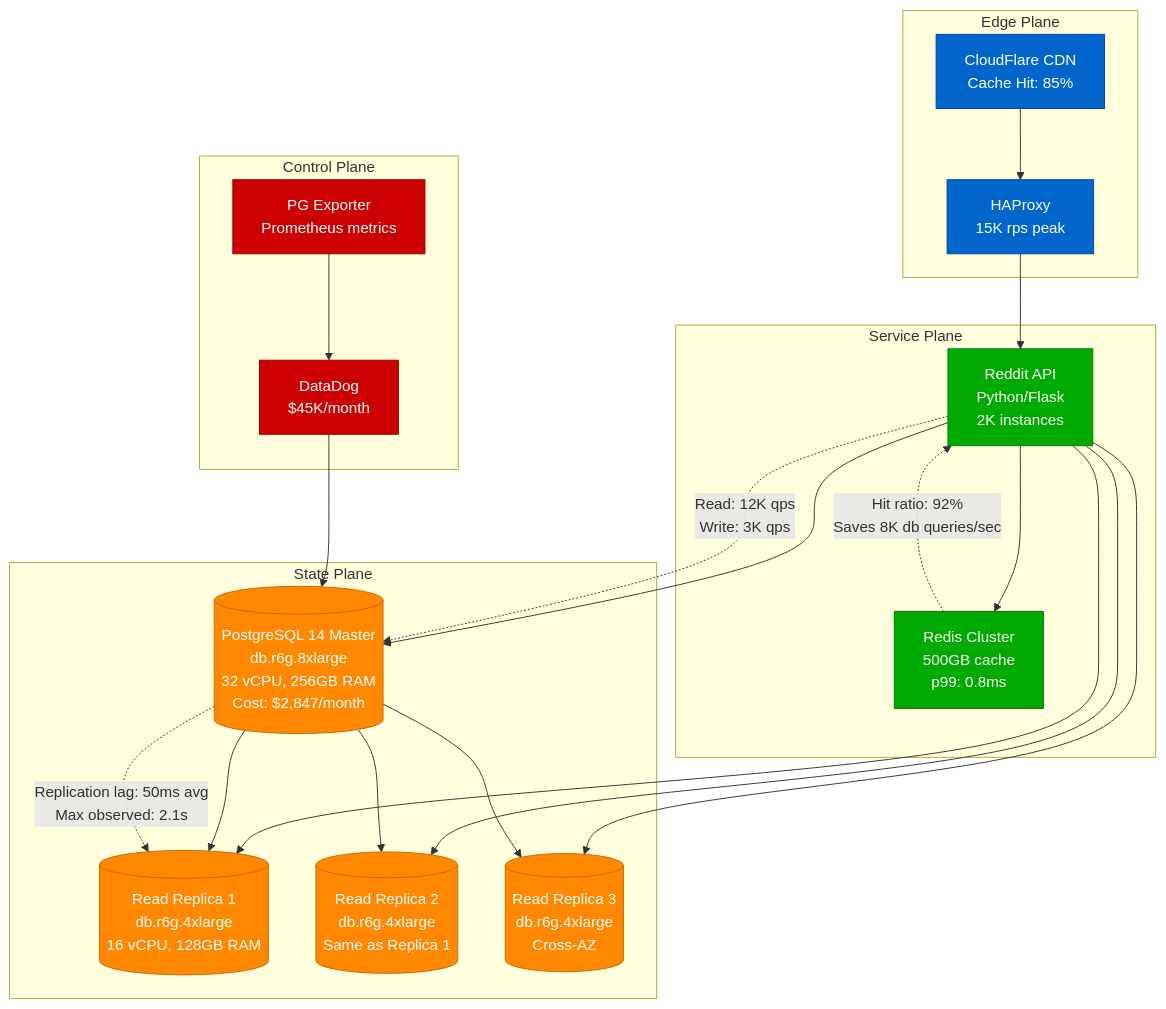
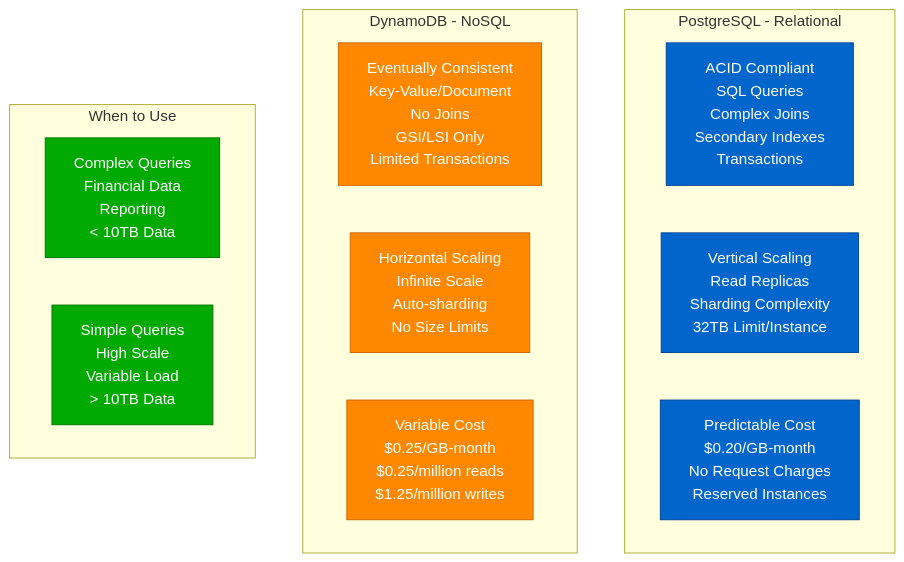
One commit to deepaucksharma/DS changed the first of 9 diagrams in site/docs/comparisons/postgresql-vs-dynamodb.md. Above: the diagram before and after it, drawn with Mermaid. The commit also changed other lines of this file and 5 other files, not shown here.

````diff
--- a/site/docs/comparisons/postgresql-vs-dynamodb.md
+++ b/site/docs/comparisons/postgresql-vs-dynamodb.md
@@ -27,55 +9,28 @@
 ```mermaid
 graph TB
-    subgraph EdgePlane[Edge Plane]
-        CDN[CloudFlare CDN<br/>Cache Hit: 85%]
-        LB[HAProxy<br/>15K rps peak]
+    subgraph PostgreSQL[PostgreSQL - Relational]
+        PG_PROPS[ACID Compliant<br/>SQL Queries<br/>Complex Joins<br/>Secondary Indexes<br/>Transactions]
+        PG_SCALE[Vertical Scaling<br/>Read Replicas<br/>Sharding Complexity<br/>32TB Limit/Instance]
+        PG_COST[Predictable Cost<br/>$0.20/GB-month<br/>No Request Charges<br/>Reserved Instances]
     end
 
-    subgraph ServicePlane[Service Plane]
-        API[Reddit API<br/>Python/Flask<br/>2K instances]
-        CACHE[Redis Cluster<br/>500GB cache<br/>p99: 0.8ms]
+    subgraph DynamoDB[DynamoDB - NoSQL]
+        DDB_PROPS[Eventually Consistent<br/>Key-Value/Document<br/>No Joins<br/>GSI/LSI Only<br/>Limited Transactions]
+        DDB_SCALE[Horizontal Scaling<br/>Infinite Scale<br/>Auto-sharding<br/>No Size Limits]
+        DDB_COST[Variable Cost<br/>$0.25/GB-month<br/>$0.25/million reads<br/>$1.25/million writes]
     end
 
-    subgraph StatePlane[State Plane]
-        PGMASTER[(PostgreSQL 14 Master<br/>db.r6g.8xlarge<br/>32 vCPU, 256GB RAM<br/>Cost: $2,847/month)]
-        PGREPLICA1[(Read Replica 1<br/>db.r6g.4xlarge<br/>16 vCPU, 128GB RAM)]
-        PGREPLICA2[(Read Replica 2<br/>db.r6g.4xlarge<br/>Same as Replica 1)]
-        PGREPLICA3[(Read Replica 3<br/>db.r6g.4xlarge<br/>Cross-AZ)]
+    subgraph UseCase[When to Use]
+        PG_USE[Complex Queries<br/>Financial Data<br/>Reporting<br/>< 10TB Data]
+        DDB_USE[Simple Queries<br/>High Scale<br/>Variable Load<br/>> 10TB Data]
     end
 
-    subgraph ControlPlane[Control Plane]
-        MON[DataDog<br/>$45K/month]
-        PG_EXPORTER[PG Exporter<br/>Prometheus metrics]
-    end
+    %% Apply colors
+    classDef pgStyle fill:#0066CC,stroke:#004499,color:#fff
+    classDef ddbStyle fill:#FF8800,stroke:#CC6600,color:#fff
+    classDef useStyle fill:#00AA00,stroke:#007700,color:#fff
 
-    CDN --> LB
-    LB --> API
-    API --> CACHE
-    API --> PGMASTER
-    API --> PGREPLICA1
-    API --> PGREPLICA2
-    API --> PGREPLICA3
-
-    PGMASTER --> PGREPLICA1
-    PGMASTER --> PGREPLICA2
-    PGMASTER --> PGREPLICA3
-
-    MON --> PGMASTER
-    PG_EXPORTER --> MON
-
-    %% Production annotations
-    API -.->|"Read: 12K qps<br/>Write: 3K qps"| PGMASTER
-    CACHE -.->|"Hit ratio: 92%<br/>Saves 8K db queries/sec"| API
-    PGMASTER -.->|"Replication lag: 50ms avg<br/>Max observed: 2.1s"| PGREPLICA1
-
-    %% Apply four-plane colors
-    classDef edgeStyle fill:#0066CC,stroke:#004499,color:#fff
-    classDef serviceStyle fill:#00AA00,stroke:#007700,color:#fff
-    classDef stateStyle fill:#FF8800,stroke:#CC6600,color:#fff
-    classDef controlStyle fill:#CC0000,stroke:#990000,color:#fff
-
-    class CDN,LB edgeStyle
-    class API,CACHE serviceStyle
-    class PGMASTER,PGREPLICA1,PGREPLICA2,PGREPLICA3 stateStyle
-    class MON,PG_EXPORTER controlStyle
+    class PG_PROPS,PG_SCALE,PG_COST pgStyle
+    class DDB_PROPS,DDB_SCALE,DDB_COST ddbStyle
+    class PG_USE,DDB_USE useStyle
 ```
````
